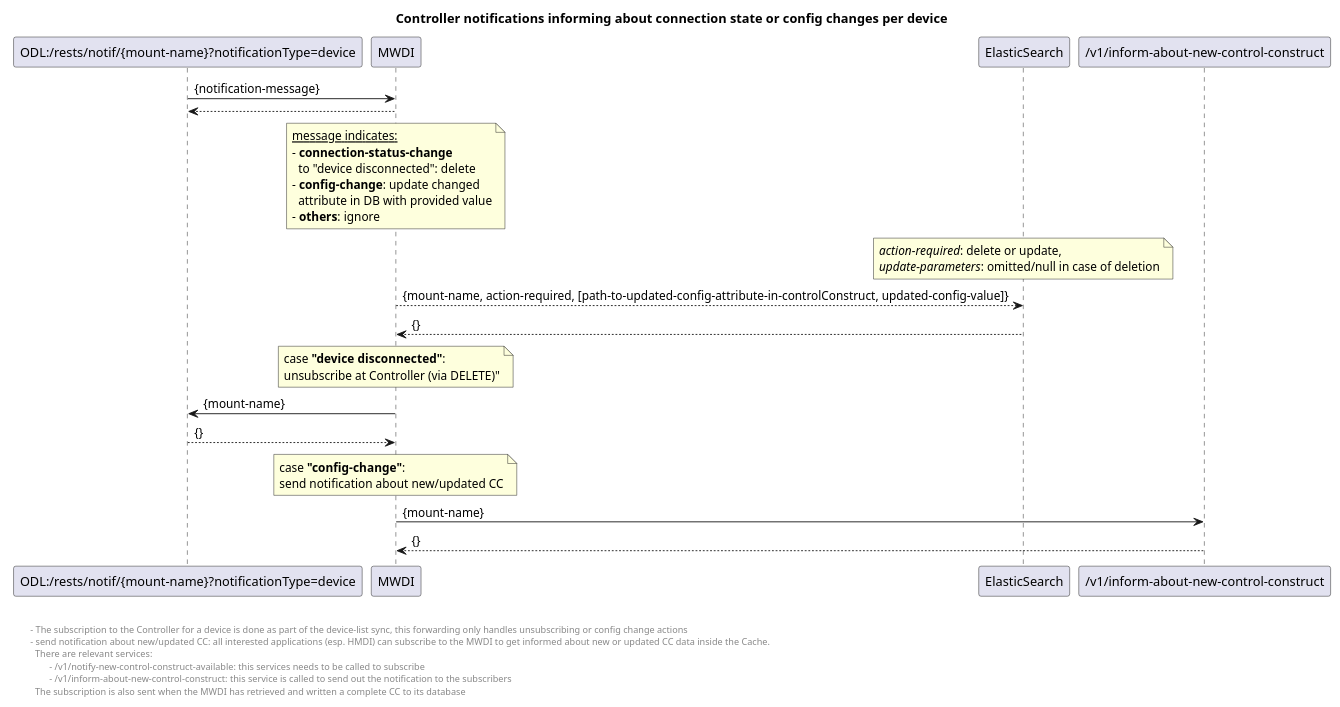
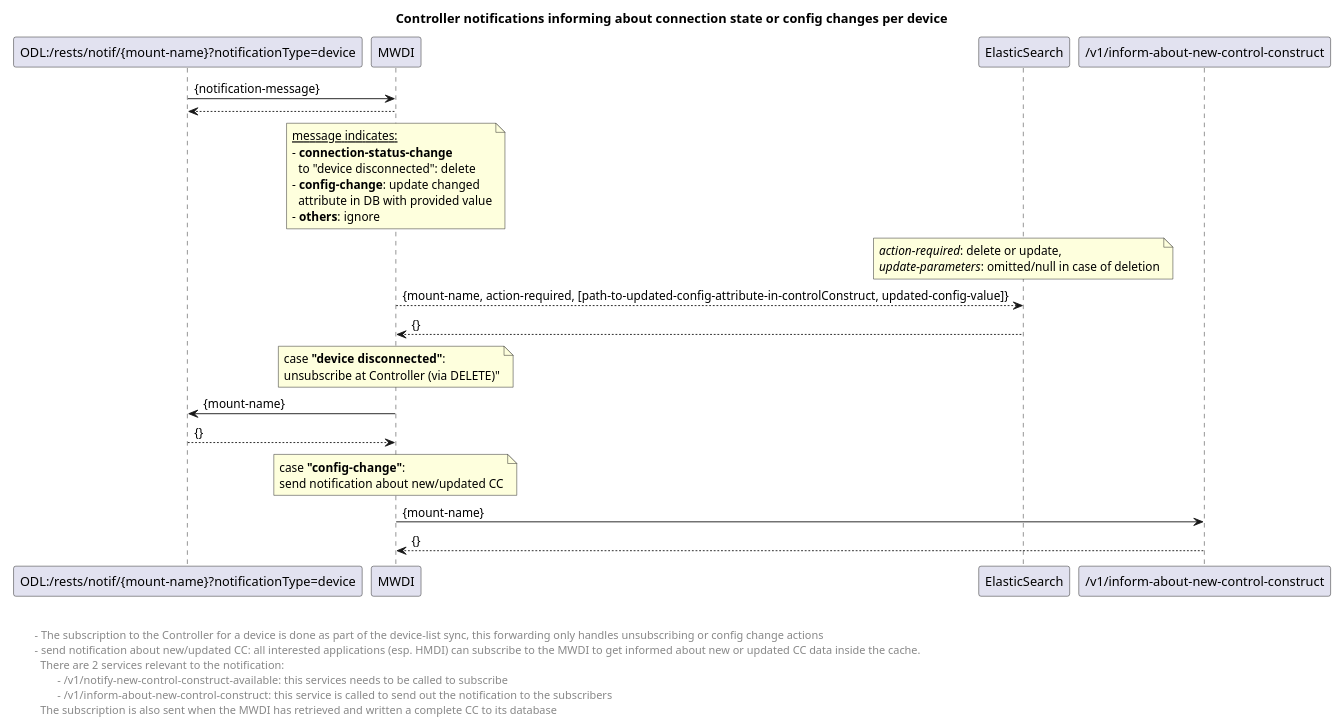
The diagram in spec/diagrams/01x_forwardingControllerNotification.plantuml (openBackhaul/MicroWaveDeviceInventory), drawn with PlantUML before and after one commit. The commit also changed 1 other file, not shown here.

```diff
--- a/spec/diagrams/01x_forwardingControllerNotification.plantuml
+++ b/spec/diagrams/01x_forwardingControllerNotification.plantuml
@@ -1,52 +1,53 @@
 @startuml
 skinparam responseMessageBelowArrow true
 
 title Controller notifications informing about connection state or config changes per device
 
 'receive the notification
 "ODL:/rests/notif/{mount-name}?notificationType=device" -> "MWDI": {notification-message}
 "MWDI" --> "ODL:/rests/notif/{mount-name}?notificationType=device"
 
 note over "MWDI"
  <u>message indicates:</u>
  - <b>connection-status-change</b> 
    to "device disconnected": delete
  - <b>config-change</b>: update changed 
    attribute in DB with provided value
  - <b>others</b>: ignore
 end note
 note over "ElasticSearch": <i>action-required</i>: delete or update, \n<i>update-parameters</i>: omitted/null in case of deletion
 
 
 "MWDI" --> "ElasticSearch": {mount-name, action-required, [path-to-updated-config-attribute-in-controlConstruct, updated-config-value]}
 "ElasticSearch" --> "MWDI": {}
 
 note over "MWDI": case <b>"device disconnected"</b>: \nunsubscribe at Controller (via DELETE)"
 
 "MWDI" -> "ODL:/rests/notif/{mount-name}?notificationType=device": {mount-name}
 "ODL:/rests/notif/{mount-name}?notificationType=device" --> "MWDI": {}
 
 note over "MWDI": case <b>"config-change"</b>: \nsend notification about new/updated CC
 "MWDI" -> "/v1/inform-about-new-control-construct": {mount-name}
 "/v1/inform-about-new-control-construct" --> "MWDI": {}
 
 
 left footer 
 
 
  \t - The subscription to the Controller for a device is done as part of the device-list sync, this forwarding only handles unsubscribing or config change actions
- \t - send notification about new/updated CC: all interested applications (esp. HMDI) can subscribe to the MWDI to get informed about new or updated CC data inside the Cache.
- \t   There are relevant services:
+ \t - send notification about new/updated CC: all interested applications (esp. HMDI) can subscribe to the MWDI to get informed about new or updated CC data inside the cache.
+ \t   There are 2 services relevant to the notification:
  \t\t - /v1/notify-new-control-construct-available: this services needs to be called to subscribe
  \t\t - /v1/inform-about-new-control-construct: this service is called to send out the notification to the subscribers
  \t   The subscription is also sent when the MWDI has retrieved and written a complete CC to its database 
 end footer
 
 
 <style>
 footer {
   HorizontalAlignment left
+  FontSize 12
 }
 </style>
 
 @enduml
```
